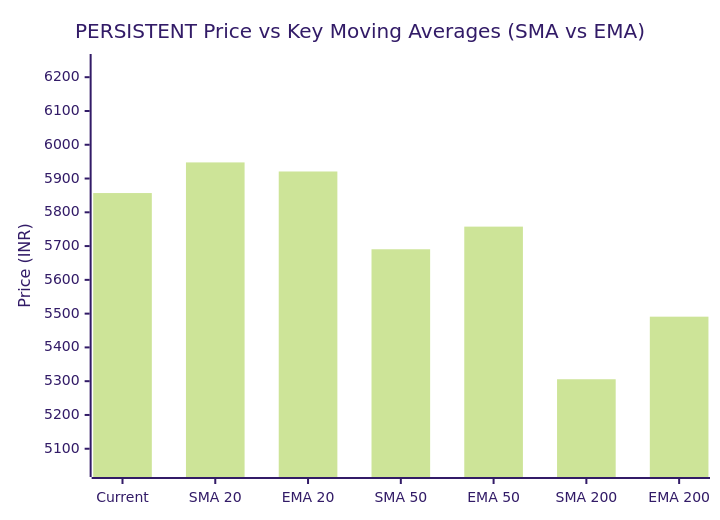
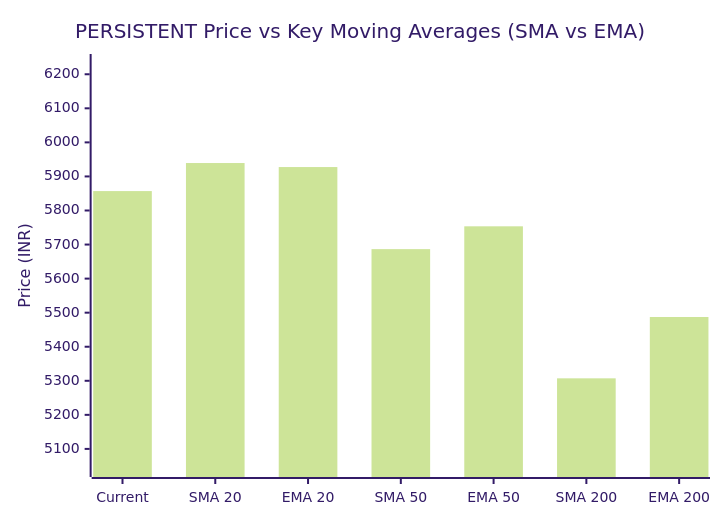
The third of 3 diagrams in market-intelligence/stocks/PERSISTENT/history/2026-11-18.md (purnareddy9/dev), drawn with Mermaid (forest theme) before and after one commit. The commit also changed other lines of this file and 3 other files, not shown here.

````diff
--- a/market-intelligence/stocks/PERSISTENT/history/2026-11-18.md
+++ b/market-intelligence/stocks/PERSISTENT/history/2026-11-18.md
@@ -104,7 +104,7 @@
 ```mermaid
 xychart-beta
     title "PERSISTENT Price vs Key Moving Averages (SMA vs EMA)"
     x-axis ["Current", "SMA 20", "EMA 20", "SMA 50", "EMA 50", "SMA 200", "EMA 200"]
-    y-axis "Price (INR)" 5040 --> 6245
-    bar [5857.0, 5947.7, 5920.83, 5690.57, 5757.6, 5305.72, 5490.98]
+    y-axis "Price (INR)" 5041 --> 6236
+    bar [5857.0, 5939.35, 5927.55, 5686.57, 5753.55, 5307.21, 5487.31]
 ```
````
